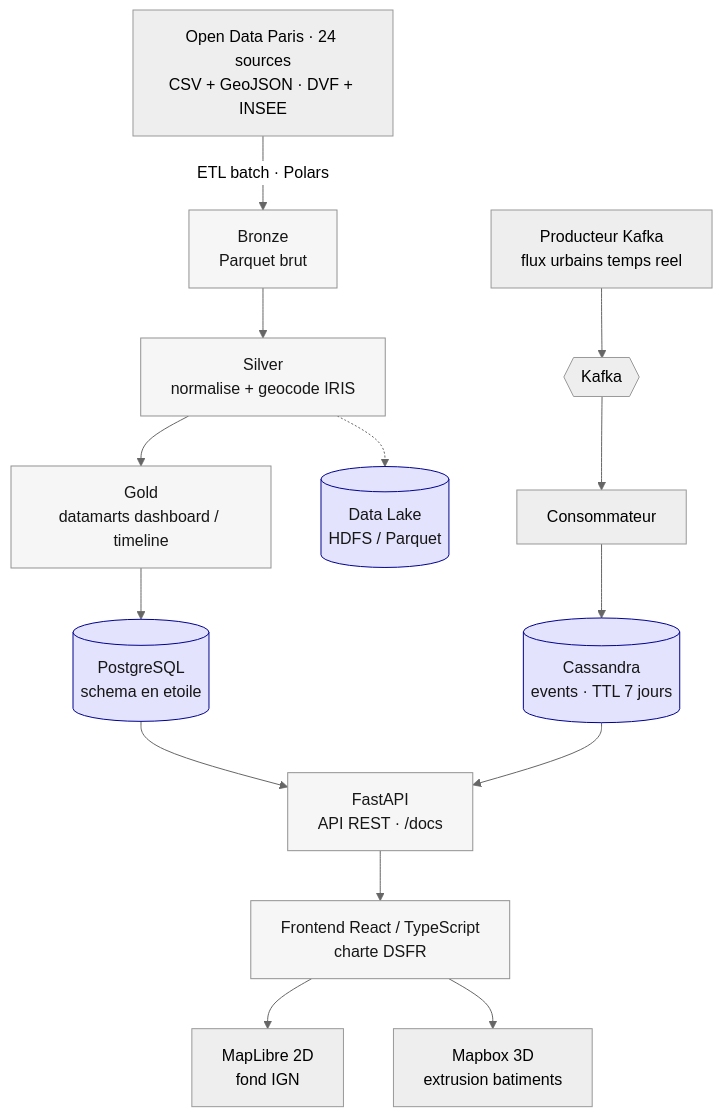
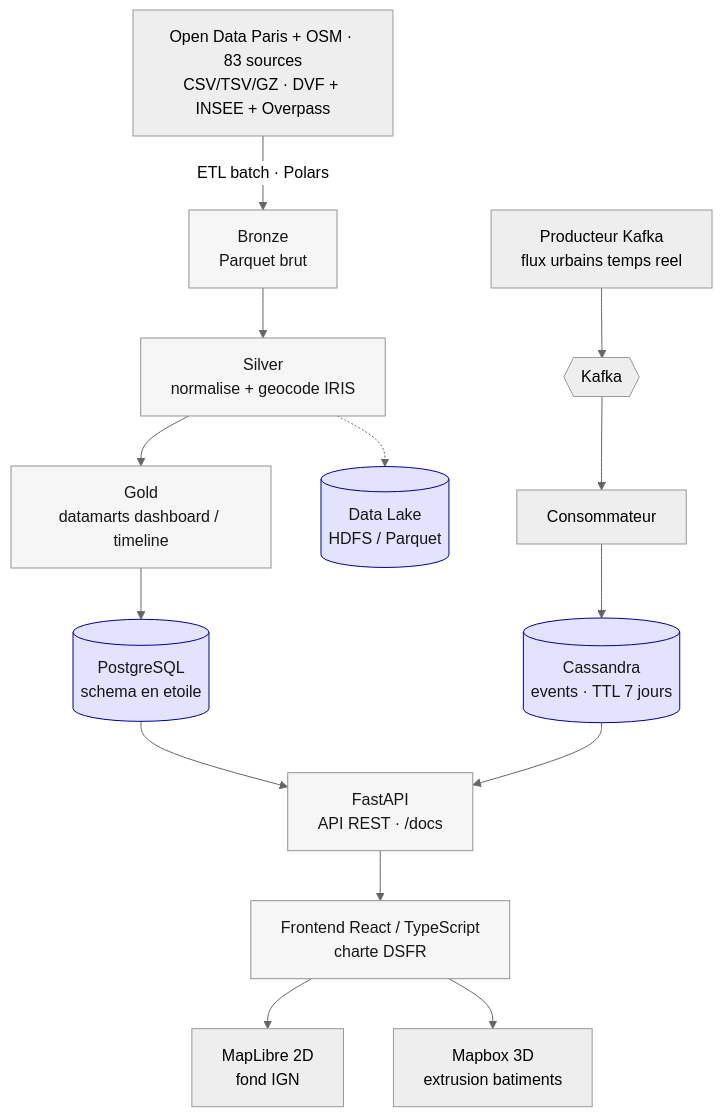
The diagram in README.md (Adam-Blf/urban-data-explorer), drawn with Mermaid (neutral theme) before and after one commit. The commit also changed other lines of this file and 12 other files, not shown here.

First line of the commit message:
feat(catalog): 4 families, OSM + education sources, Sunday auto-ingest (#10)

````diff
--- a/README.md
+++ b/README.md
@@ -52,21 +54,21 @@
 ```mermaid
 flowchart TD
-    OD["Open Data Paris · 24 sources<br/>CSV + GeoJSON · DVF + INSEE"]
+    OD["Open Data Paris + OSM · 83 sources<br/>CSV/TSV/GZ · DVF + INSEE + Overpass"]
     OD -->|"ETL batch · Polars"| BRONZE["Bronze<br/>Parquet brut"]
     BRONZE --> SILVER["Silver<br/>normalise + geocode IRIS"]
     SILVER --> GOLD["Gold<br/>datamarts dashboard / timeline"]
     SILVER -.-> LAKE[("Data Lake<br/>HDFS / Parquet")]
     GOLD --> PG[("PostgreSQL<br/>schema en etoile")]
     PROD["Producteur Kafka<br/>flux urbains temps reel"] --> KAFKA{{"Kafka"}}
     KAFKA --> CONS["Consommateur"] --> CASS[("Cassandra<br/>events · TTL 7 jours")]
     PG --> API["FastAPI<br/>API REST · /docs"]
     CASS --> API
     API --> FE["Frontend React / TypeScript<br/>charte DSFR"]
     FE --> M2["MapLibre 2D<br/>fond IGN"]
     FE --> M3["Mapbox 3D<br/>extrusion batiments"]
 
     classDef store fill:#e3e3fd,stroke:#000091,color:#161616;
     classDef proc fill:#f6f6f6,stroke:#929292,color:#161616;
     class PG,CASS,LAKE store;
     class BRONZE,SILVER,GOLD,API,FE proc;
 ```
````
